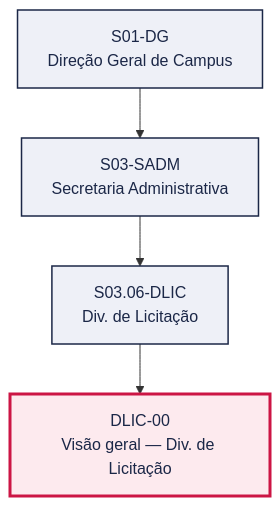
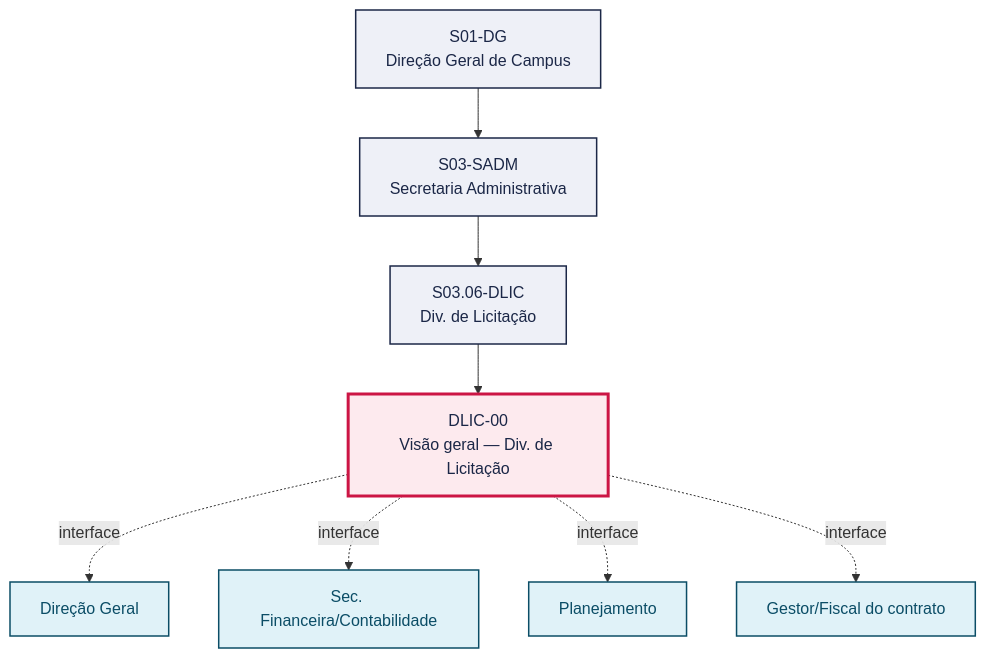
One commit to jessefers/canvas-vivo-atdg changed the first of 2 diagrams in pops/DLIC/DLIC-00.md. Above: the diagram before and after it, drawn with Mermaid. The commit also changed other lines of this file and 9 other files, not shown here.

````diff
--- a/pops/DLIC/DLIC-00.md
+++ b/pops/DLIC/DLIC-00.md
@@ -49,15 +53,24 @@
 ```mermaid
 graph TD
   S01_DG["S01-DG<br/>Direção Geral de Campus"]
   S03_SADM["S03-SADM<br/>Secretaria Administrativa"]
   S01_DG --> S03_SADM
   S03_06_DLIC["S03.06-DLIC<br/>Div. de Licitação"]
   S03_SADM --> S03_06_DLIC
   P["DLIC-00<br/>Visão geral — Div. de Licitação"]
   S03_06_DLIC --> P
+  V1["Direção Geral"]
+  P -. interface .-> V1
+  V2["Sec. Financeira/Contabilidade"]
+  P -. interface .-> V2
+  V3["Planejamento"]
+  P -. interface .-> V3
+  V4["Gestor/Fiscal do contrato"]
+  P -. interface .-> V4
   classDef setor fill:#EEF0F7,stroke:#1B2747,stroke-width:1.5px,color:#1B2747
   classDef destaque fill:#FDEAEE,stroke:#CC1544,stroke-width:3px,color:#1B2747
   classDef vizinho fill:#E0F2F8,stroke:#0B4D66,stroke-width:1.5px,color:#0B4D66
   class S01_DG,S03_SADM,S03_06_DLIC setor
   class P destaque
+  class V1,V2,V3,V4 vizinho
 ```
````
